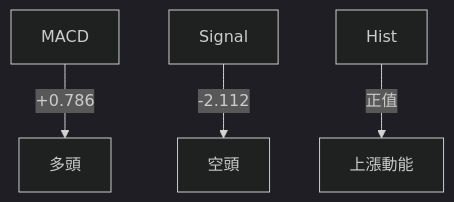
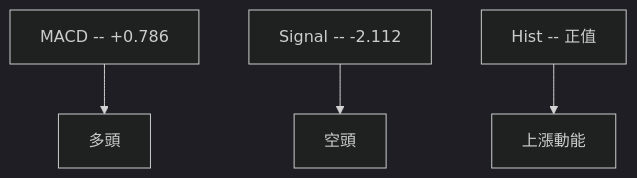
One commit to yennanliu/finance_data changed the seventh of 11 diagrams in ai_gen_report/stock/amd/technical_analysis_2026-03-31_openai.md. Above: the diagram before and after it, drawn with Mermaid (dark theme). The commit also changed other lines of this file and 2258 other files, not shown here.

First line of the commit message:
chore: backfill Mermaid syntax repair across existing reports

````diff
--- a/ai_gen_report/stock/amd/technical_analysis_2026-03-31_openai.md
+++ b/ai_gen_report/stock/amd/technical_analysis_2026-03-31_openai.md
@@ -239,6 +239,6 @@
 ```mermaid
 graph TD
-    MACD -- +0.786 --> 多頭
-    Signal -- -2.112 --> 空頭
-    Hist -- 正值 --> 上漲動能
+    nb1["MACD -- +0.786"] --> 多頭
+    nb2["Signal -- -2.112"] --> 空頭
+    nb3["Hist -- 正值"] --> 上漲動能
 ```
````
